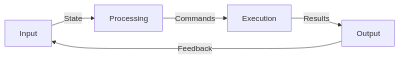
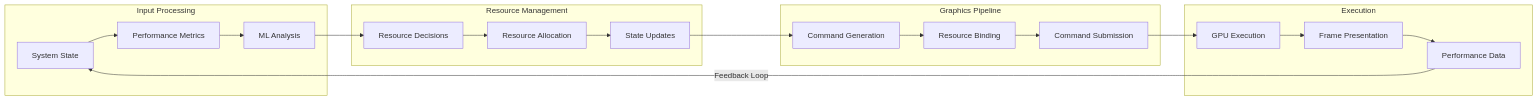
One commit to ariargenta/yashima-engine changed the fourth of 8 diagrams in docs/design/technical-design.md. Above: the diagram before and after it, drawn with Mermaid.

Commit message:
perf: technical design

````diff
--- a/docs/design/technical-design.md
+++ b/docs/design/technical-design.md
@@ -843,7 +843,27 @@
 ```mermaid
 graph LR
-    A[Input] --> |State| B[Processing]
-    B --> |Commands| C[Execution]
-    C --> |Results| D[Output]
-    D --> |Feedback| A
+    subgraph "Input Processing"
+        A[System State] --> B[Performance Metrics]
+        B --> C[ML Analysis]
+    end
+
+    subgraph "Resource Management"
+        C --> D[Resource Decisions]
+        D --> E[Resource Allocation]
+        E --> F[State Updates]
+    end
+
+    subgraph "Graphics Pipeline"
+        F --> G[Command Generation]
+        G --> H[Resource Binding]
+        H --> I[Command Submission]
+    end
+
+    subgraph "Execution"
+        I --> J[GPU Execution]
+        J --> K[Frame Presentation]
+        K --> L[Performance Data]
+    end
+
+    L -->|Feedback Loop| A
 ```
````
